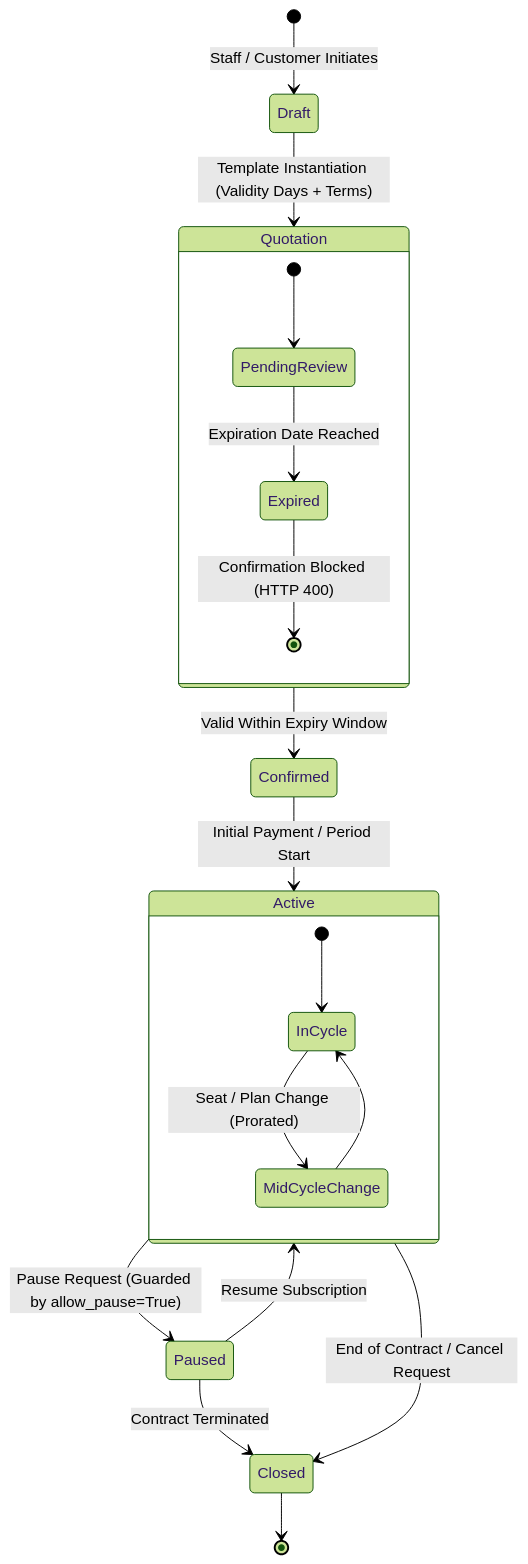
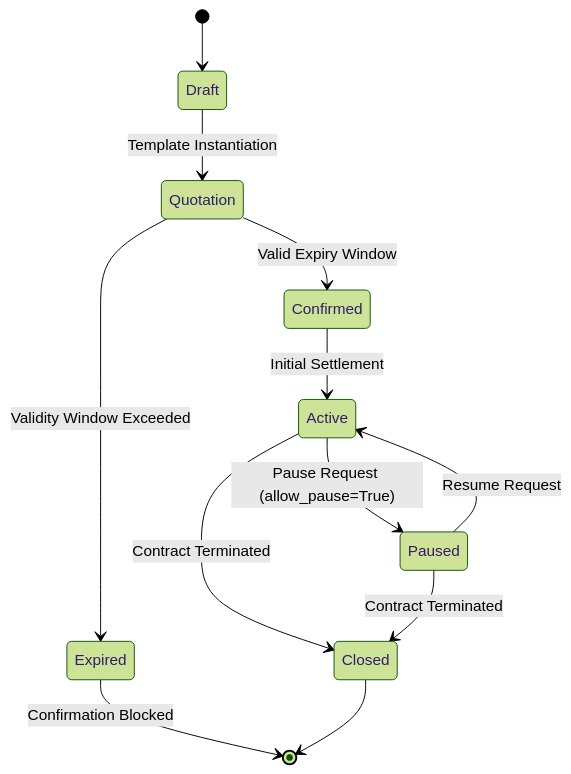
The second of 3 diagrams in README.md (Niss54/Subscription_Management_System), drawn with Mermaid (forest theme) before and after one commit. The commit also changed other lines of this file and 2 other files, not shown here.

Commit message:
fix(docs): resolve GitHub Mermaid diagram syntax errors and update sequence diagram

````diff
--- a/README.md
+++ b/README.md
@@ -153,27 +153,14 @@
 ```mermaid
 stateDiagram-v2
-    [*] --> Draft: Staff / Customer Initiates
-    Draft --> Quotation: Template Instantiation (Validity Days + Terms)
-    
-    state Quotation {
-        [*] --> PendingReview
-        PendingReview --> Expired: Expiration Date Reached
-        Expired --> [*]: Confirmation Blocked (HTTP 400)
-    }
-
-    Quotation --> Confirmed: Valid Within Expiry Window
-    Confirmed --> Active: Initial Payment / Period Start
-    
-    state Active {
-        [*] --> InCycle
-        InCycle --> MidCycleChange: Seat / Plan Change (Prorated)
-        MidCycleChange --> InCycle
-    }
-
-    Active --> Paused: Pause Request (Guarded by allow_pause=True)
-    Paused --> Active: Resume Subscription
-    
-    Active --> Closed: End of Contract / Cancel Request
+    [*] --> Draft
+    Draft --> Quotation: Template Instantiation
+    Quotation --> Expired: Validity Window Exceeded
+    Expired --> [*]: Confirmation Blocked
+    Quotation --> Confirmed: Valid Expiry Window
+    Confirmed --> Active: Initial Settlement
+    Active --> Paused: Pause Request (allow_pause=True)
+    Paused --> Active: Resume Request
+    Active --> Closed: Contract Terminated
     Paused --> Closed: Contract Terminated
     Closed --> [*]
 ```
````
